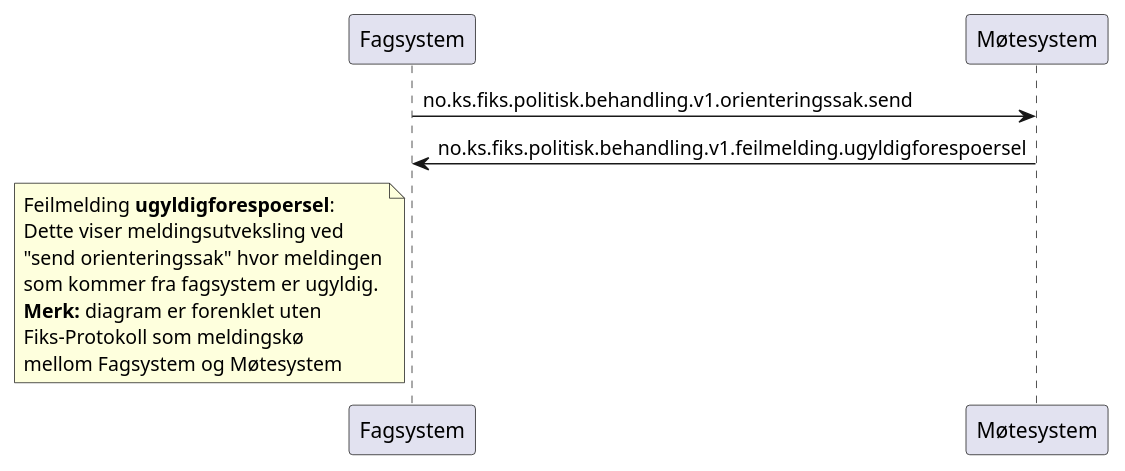
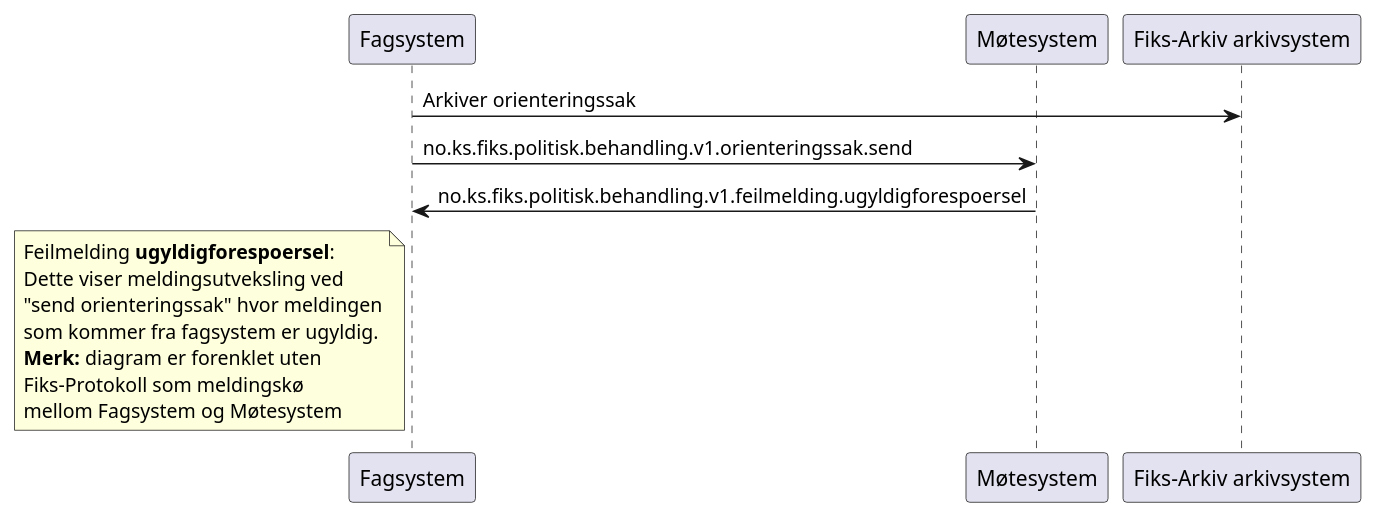
One commit to ks-no/fiks-politisk-behandling-specification changed the diagram in Dokumentasjon/V1/meldingsutveksling/orienteringssak-send/sekvensdiagram/sekvensdiagram-orienteringssak-send-ugyldigforespoersel.puml. Above: the diagram before and after it, drawn with PlantUML. The commit also changed 57 other files, not shown here.

Commit message:
Oppdatert diagrammer og README's i henhold til kommentarer

```diff
--- a/Dokumentasjon/V1/meldingsutveksling/orienteringssak-send/sekvensdiagram/sekvensdiagram-orienteringssak-send-ugyldigforespoersel.puml
+++ b/Dokumentasjon/V1/meldingsutveksling/orienteringssak-send/sekvensdiagram/sekvensdiagram-orienteringssak-send-ugyldigforespoersel.puml
@@ -1,18 +1,20 @@
 @startuml
 participant Fagsystem as "Fagsystem"
 participant Møtesystem as "Møtesystem"
+participant Arkivsystem as "Fiks-Arkiv arkivsystem"
 
+Fagsystem -> Arkivsystem : Arkiver orienteringssak
 Fagsystem -> Møtesystem : no.ks.fiks.politisk.behandling.v1.orienteringssak.send
 Fagsystem <- Møtesystem : no.ks.fiks.politisk.behandling.v1.feilmelding.ugyldigforespoersel
 
 note left of Fagsystem
 Feilmelding **ugyldigforespoersel**:
 Dette viser meldingsutveksling ved
 "send orienteringssak" hvor meldingen
 som kommer fra fagsystem er ugyldig.
 **Merk:** diagram er forenklet uten
 Fiks-Protokoll som meldingskø
 mellom Fagsystem og Møtesystem
 end note
 
 @enduml
```
